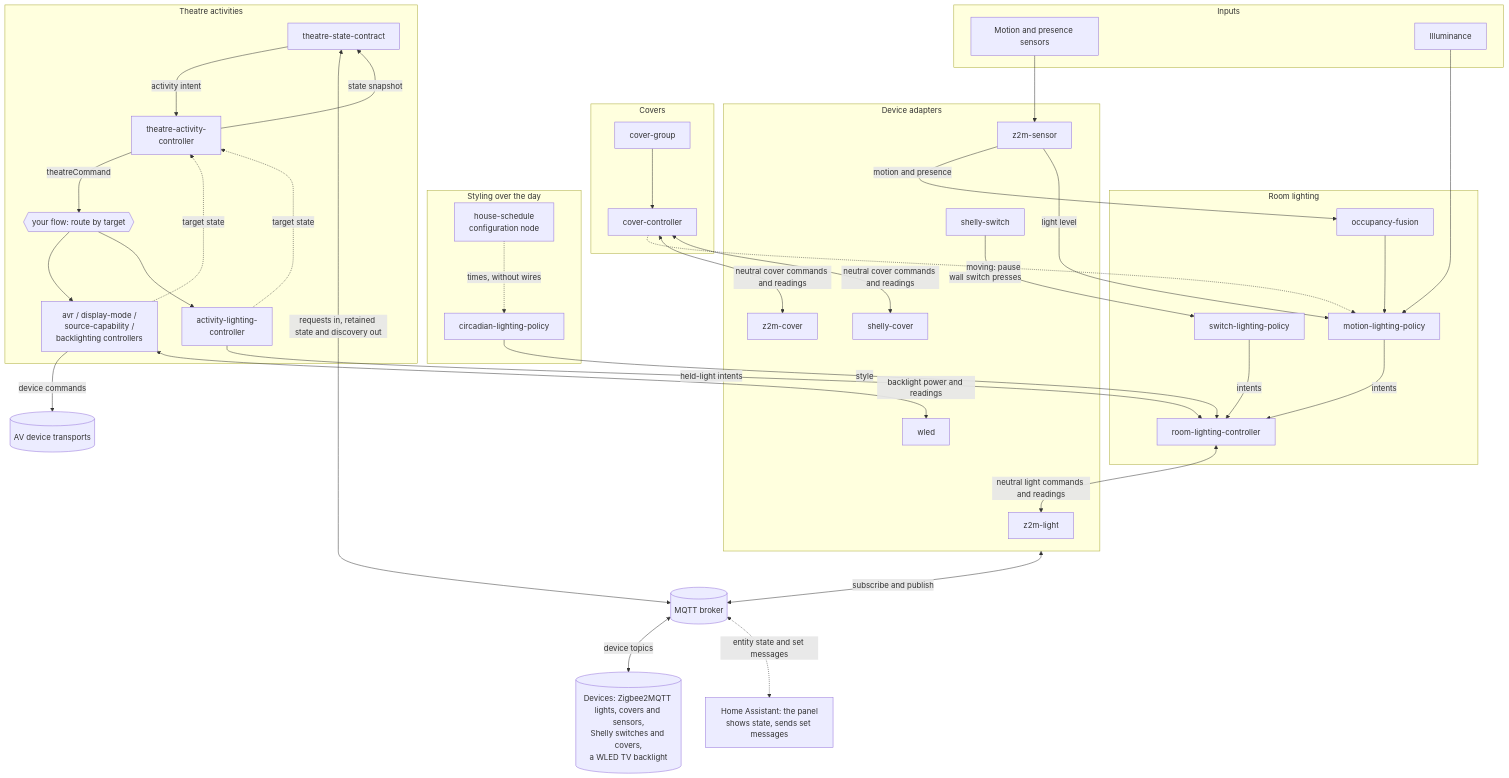
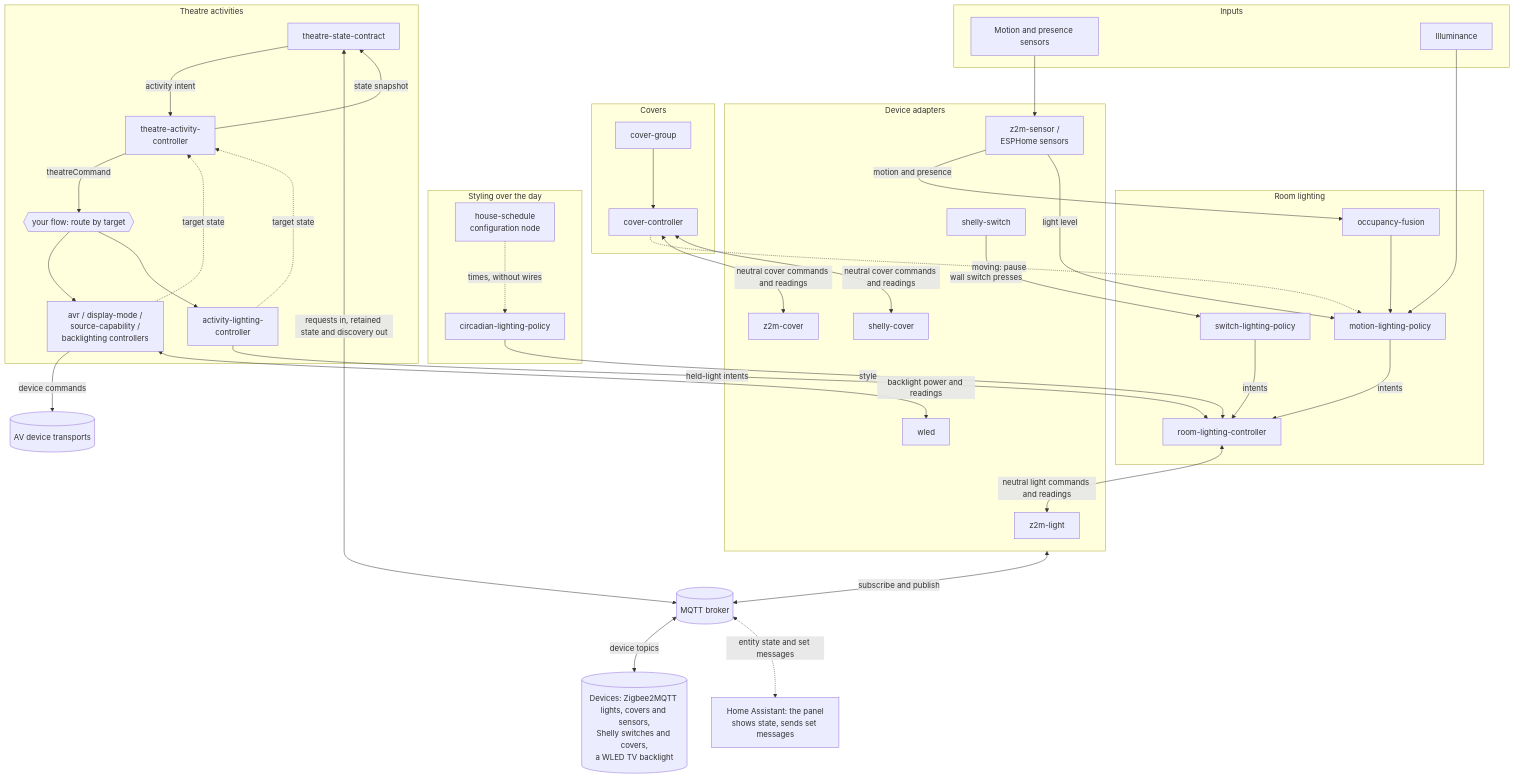
One commit to cptbucky/node-red-home-automation changed the diagram in docs/images/architecture.mmd. Above: the diagram before and after it, drawn with Mermaid. The commit also changed 64 other files, not shown here.

```diff
--- a/docs/images/architecture.mmd
+++ b/docs/images/architecture.mmd
@@ -1,71 +1,71 @@
 flowchart TB
   subgraph In[Inputs]
     SENS[Motion and presence sensors]
     LUX[Illuminance]
   end
   subgraph Style[Styling over the day]
     HS[house-schedule<br/>configuration node]
     CIRC[circadian-lighting-policy]
   end
   subgraph Room[Room lighting]
     OCC[occupancy-fusion]
     MOT[motion-lighting-policy]
     SW[switch-lighting-policy]
     ROOM[room-lighting-controller]
   end
   subgraph Cov[Covers]
     GRP[cover-group]
     COV[cover-controller]
   end
   subgraph Act[Theatre activities]
     CON[theatre-state-contract]
     ACT["theatre-activity-<br/>controller"]
     ROUTE{{your flow: route by target}}
     AL["activity-lighting-<br/>controller"]
     EQ[avr / display-mode /<br/>source-capability /<br/>backlighting controllers]
   end
   subgraph Adapt[Device adapters]
     ZL[z2m-light]
     SS[shelly-switch]
     ZC[z2m-cover]
     SC[shelly-cover]
     WL[wled]
-    ZS[z2m-sensor]
+    ZS[z2m-sensor /<br/>ESPHome sensors]
   end
   BROKER[(MQTT broker)]
   HA[Home Assistant: the panel<br/>shows state, sends set messages]
   DEV[(Devices: Zigbee2MQTT lights, covers and sensors,<br/>Shelly switches and covers,<br/>a WLED TV backlight)]
   AV[(AV device transports)]
 
   SENS --> ZS
   ZS -- motion and presence --> OCC
   OCC --> MOT
   ZS -- light level --> MOT
   LUX --> MOT
   HS -. times, without wires .-> CIRC
   CIRC -- style --> ROOM
   MOT -- intents --> ROOM
   SW -- intents --> ROOM
   GRP --> COV
   COV -. moving: pause .-> MOT
 
   ROOM <-- neutral light commands and readings --> ZL
   COV <-- neutral cover commands and readings --> ZC
   COV <-- neutral cover commands and readings --> SC
   SS -- wall switch presses --> SW
 
   CON -- activity intent --> ACT
   ACT -- state snapshot --> CON
   ACT -- theatreCommand --> ROUTE
   ROUTE --> EQ
   ROUTE --> AL
   EQ -. target state .-> ACT
   AL -. target state .-> ACT
   AL -- held-light intents --> ROOM
   EQ -- device commands --> AV
   EQ <-- backlight power and readings --> WL
 
   Adapt <-- subscribe and publish --> BROKER
   CON <-- requests in, retained state and discovery out --> BROKER
   BROKER <-- device topics --> DEV
   BROKER <-. entity state and set messages .-> HA
```
